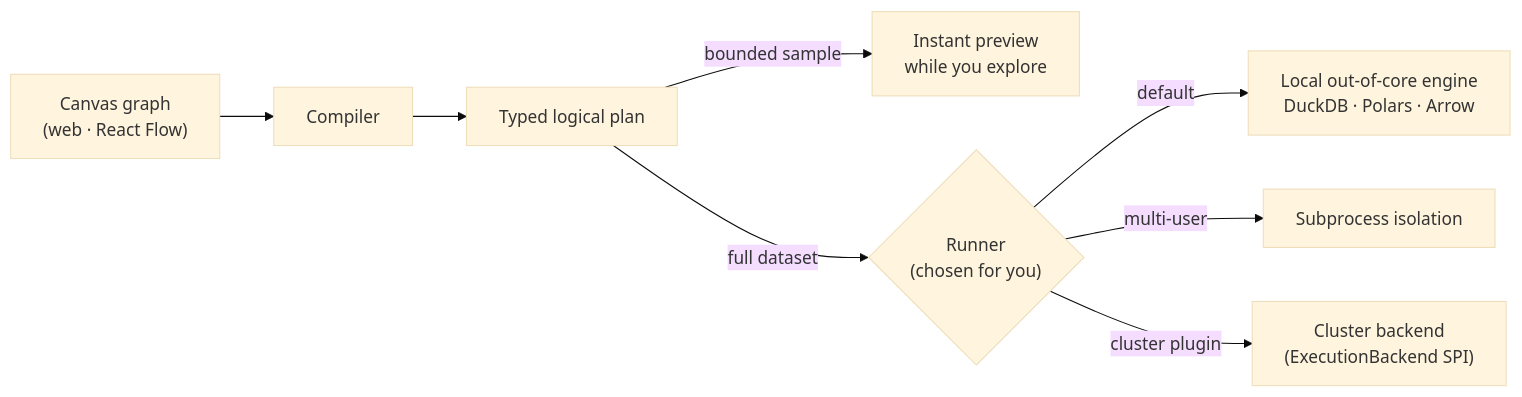
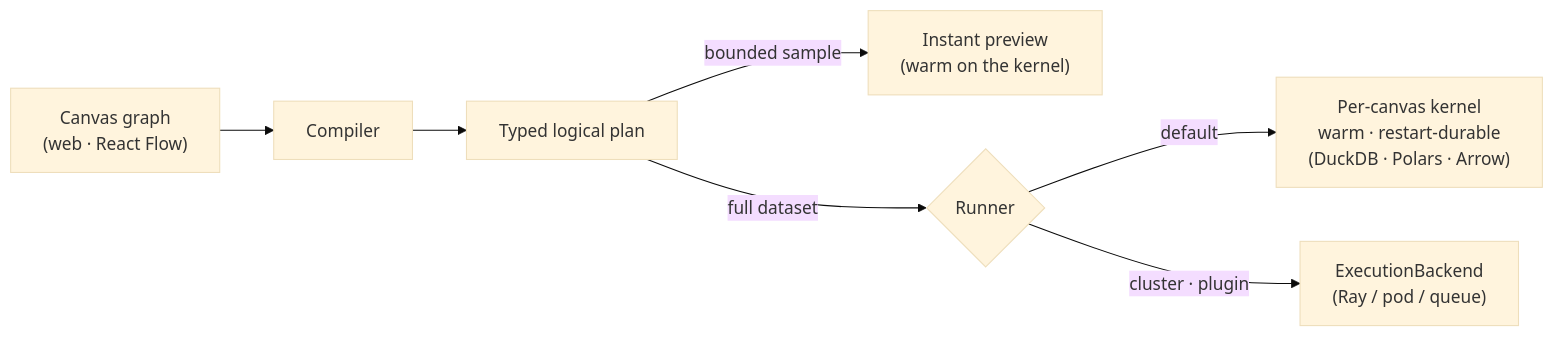
Before and after one commit to pengw0048/data-playground: the diagram in README.md, drawn with Mermaid (base theme). The commit also changed other lines of this file and 1 other file, not shown here.

First line of the commit message:
docs: reframe execution around the kernel (now the default model)

````diff
--- a/README.md
+++ b/README.md
@@ -79,10 +79,9 @@
 ```mermaid
 flowchart LR
   G["Canvas graph<br/>(web · React Flow)"] --> C["Compiler"]
   C --> P["Typed logical plan"]
-  P -->|"bounded sample"| PV["Instant preview<br/>while you explore"]
-  P -->|"full dataset"| R{"Runner<br/>(chosen for you)"}
-  R -->|"default"| E["Local out-of-core engine<br/>DuckDB · Polars · Arrow"]
-  R -->|"multi-user"| S["Subprocess isolation"]
-  R -->|"cluster plugin"| K["Cluster backend<br/>(ExecutionBackend SPI)"]
+  P -->|"bounded sample"| PV["Instant preview<br/>(warm on the kernel)"]
+  P -->|"full dataset"| R{"Runner"}
+  R -->|"default"| E["Per-canvas kernel<br/>warm · restart-durable<br/>(DuckDB · Polars · Arrow)"]
+  R -->|"cluster · plugin"| K["ExecutionBackend<br/>(Ray / pod / queue)"]
 ```
````
